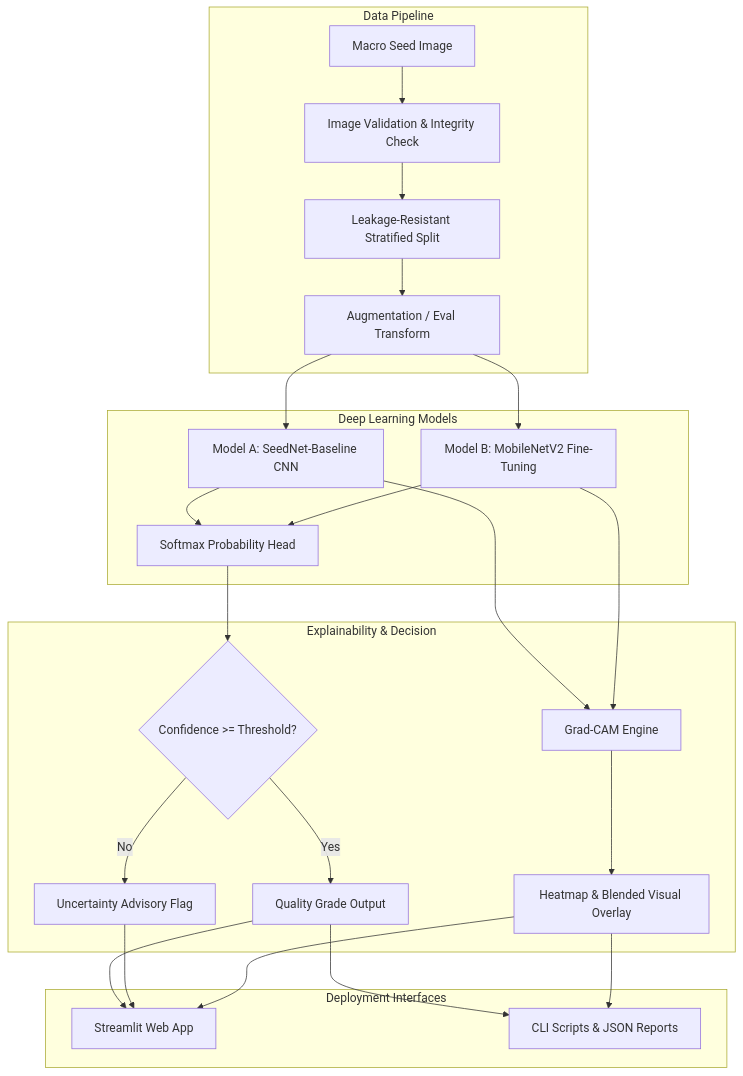
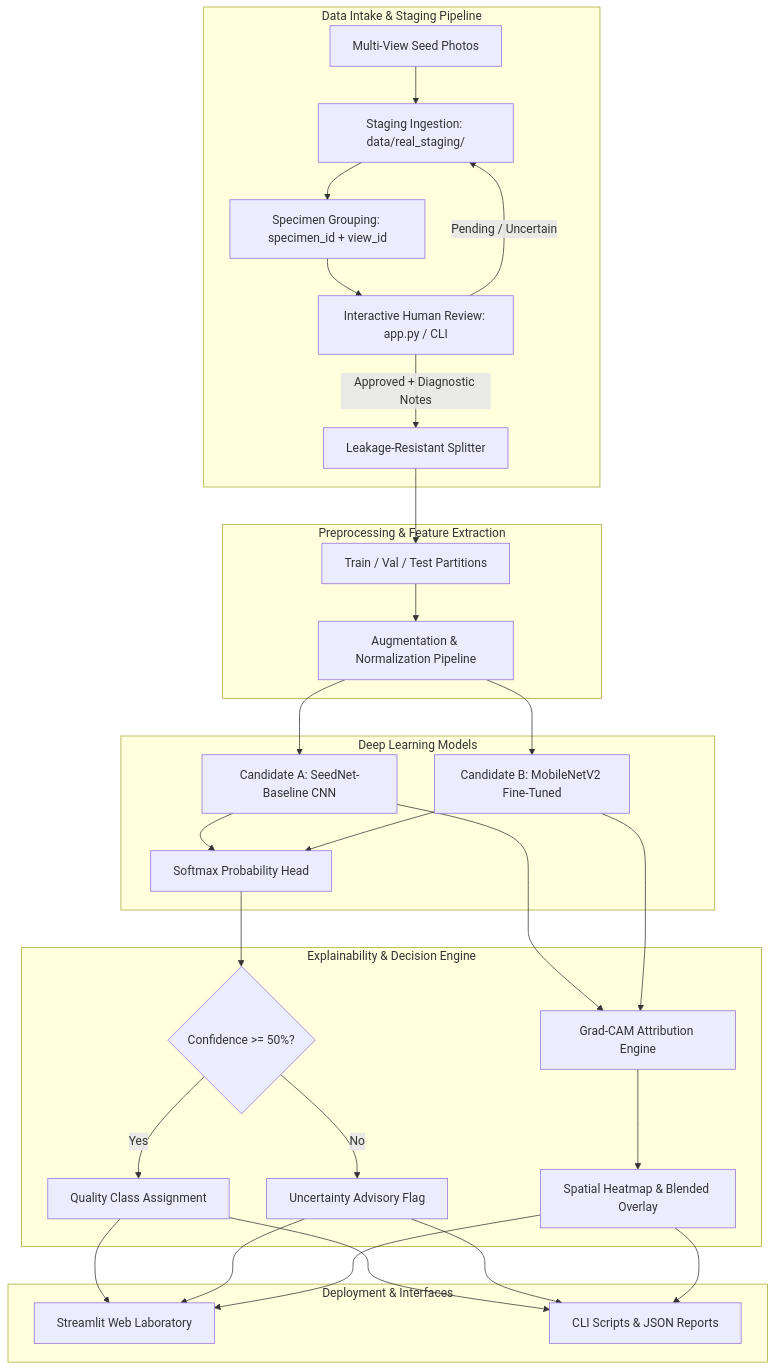
The diagram in README.md (Om-Talaviya/SeedVision-AI), drawn with Mermaid before and after one commit. The commit also changed other lines of this file and 37 other files, not shown here.

````diff
--- a/README.md
+++ b/README.md
@@ -50,31 +50,35 @@
 ```mermaid
 flowchart TD
-    subgraph Data Pipeline
-        A[Macro Seed Image] --> B[Image Validation & Integrity Check]
-        B --> C[Leakage-Resistant Stratified Split]
-        C --> D[Augmentation / Eval Transform]
+    subgraph Data Intake & Staging Pipeline
+        A1[Multi-View Seed Photos] --> B1[Staging Ingestion: data/real_staging/]
+        B1 --> C1[Specimen Grouping: specimen_id + view_id]
+        C1 --> D1[Interactive Human Review: app.py / CLI]
+        D1 -->|Approved + Diagnostic Notes| E1[Leakage-Resistant Splitter]
+        D1 -->|Pending / Uncertain| B1
+    end
+
+    subgraph Preprocessing & Feature Extraction
+        E1 --> F1[Train / Val / Test Partitions]
+        F1 --> G1[Augmentation & Normalization Pipeline]
     end
 
     subgraph Deep Learning Models
-        D --> E[Model A: SeedNet-Baseline CNN]
-        D --> F[Model B: MobileNetV2 Fine-Tuning]
-        E --> G[Softmax Probability Head]
-        F --> G
+        G1 --> H1[Candidate A: SeedNet-Baseline CNN]
+        G1 --> I1[Candidate B: MobileNetV2 Fine-Tuned]
+        H1 --> J1[Softmax Probability Head]
+        I1 --> J1
     end
 
-    subgraph Explainability & Decision
-        G --> H{Confidence >= Threshold?}
-        H -- Yes --> I[Quality Grade Output]
-        H -- No --> J[Uncertainty Advisory Flag]
-        E & F --> K[Grad-CAM Engine]
-        K --> L[Heatmap & Blended Visual Overlay]
+    subgraph Explainability & Decision Engine
+        J1 --> K1{Confidence >= 50%?}
+        K1 -- Yes --> L1[Quality Class Assignment]
+        K1 -- No --> M1[Uncertainty Advisory Flag]
+        H1 & I1 --> N1[Grad-CAM Attribution Engine]
+        N1 --> O1[Spatial Heatmap & Blended Overlay]
     end
 
-    subgraph Deployment Interfaces
-        I --> M[Streamlit Web App]
-        J --> M
-        L --> M
-        I --> N[CLI Scripts & JSON Reports]
-        L --> N
+    subgraph Deployment & Interfaces
+        L1 & M1 & O1 --> P1[Streamlit Web Laboratory]
+        L1 & M1 & O1 --> Q1[CLI Scripts & JSON Reports]
     end
 ```
````
